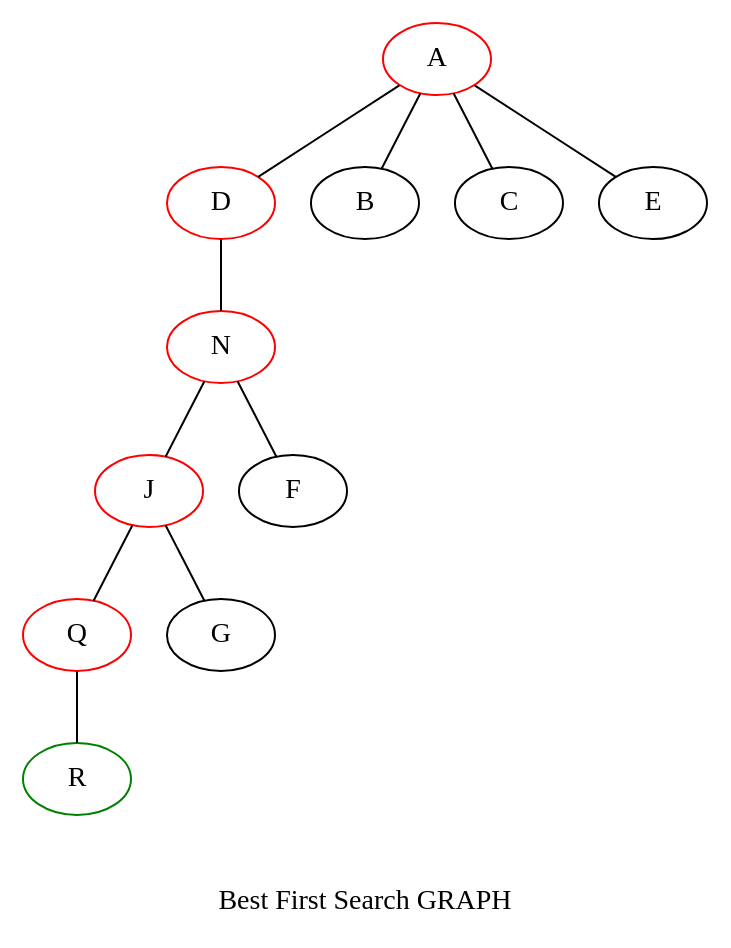
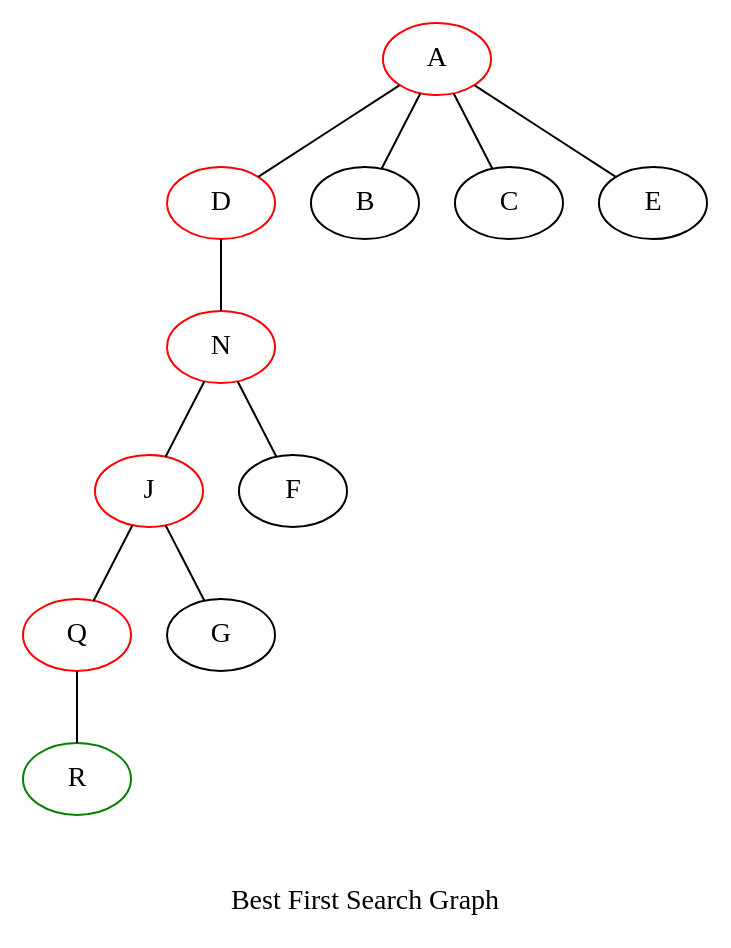
One commit to sevenwik/College changed the diagram in Soft_Computing/Informed_Search/output/best_fisrt_search.gv. Above: the diagram before and after it, drawn with Graphviz. The commit also changed 4 other files, not shown here.

```diff
--- a/Soft_Computing/Informed_Search/output/best_fisrt_search.gv
+++ b/Soft_Computing/Informed_Search/output/best_fisrt_search.gv
@@ -1,20 +1,20 @@
 // Best First Search
 graph {
 	A [color=red]
 	D [color=red]
 	N [color=red]
 	J [color=red]
 	Q [color=red]
 	R [color=green]
 	A -- B
 	A -- C
 	A -- D
 	A -- E
 	D -- N
 	N -- F
 	N -- J
 	J -- G
 	J -- Q
 	Q -- R
-	label="\n\nBest First Search GRAPH"
+	label="\n\nBest First Search Graph"
 }
```
